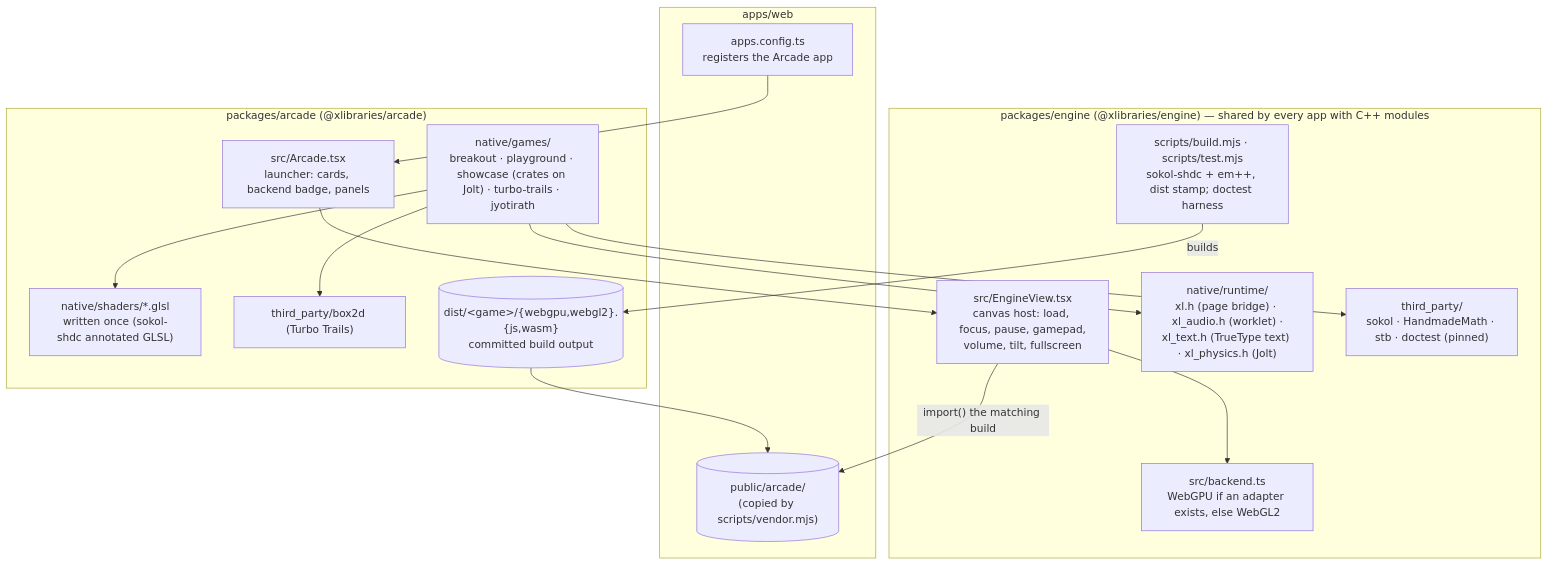
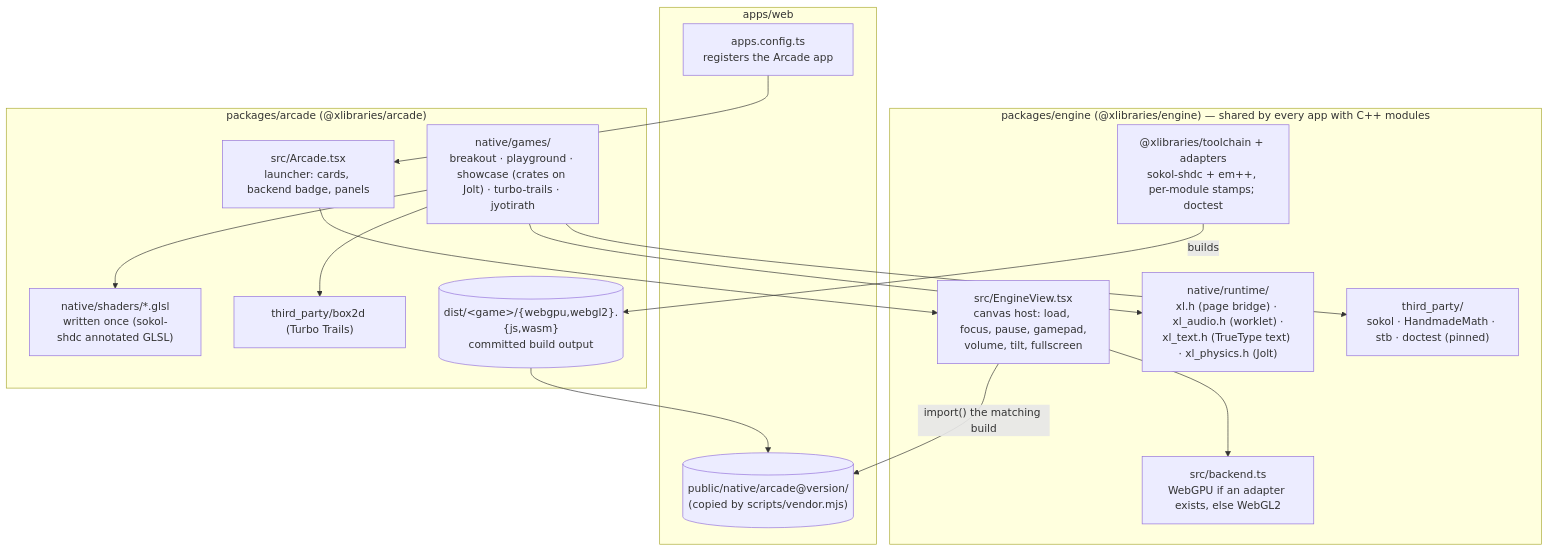
One commit to xlibraries/Xlib changed the first of 2 diagrams in docs/arcade-plan.md. Above: the diagram before and after it, drawn with Mermaid. The commit also changed 126 other files, not shown here.

Commit message:
Phase 1: toolchain core and adapters in packages/tooling, per-module stamps, modules served at /native/<package>@<version>/

````diff
--- a/docs/arcade-plan.md
+++ b/docs/arcade-plan.md
@@ -13,30 +13,30 @@
 ```mermaid
 flowchart TB
     subgraph site["apps/web"]
         config["apps.config.ts<br/>registers the Arcade app"]
-        public[("public/arcade/<br/>(copied by scripts/vendor.mjs)")]
+        public[("public/native/arcade@version/<br/>(copied by scripts/vendor.mjs)")]
     end
 
     subgraph engine["packages/engine (@xlibraries/engine) — shared by every app with C++ modules"]
         view["src/EngineView.tsx<br/>canvas host: load, focus, pause, gamepad,<br/>volume, tilt, fullscreen"]
         pick["src/backend.ts<br/>WebGPU if an adapter exists, else WebGL2"]
         runtime["native/runtime/<br/>xl.h (page bridge) · xl_audio.h (worklet) ·<br/>xl_text.h (TrueType text) · xl_physics.h (Jolt)"]
-        buildpipe["scripts/build.mjs · scripts/test.mjs<br/>sokol-shdc + em++, dist stamp; doctest harness"]
+        buildpipe["@xlibraries/toolchain + adapters<br/>sokol-shdc + em++, per-module stamps; doctest"]
         third["third_party/<br/>sokol · HandmadeMath · stb · doctest (pinned)"]
     end
 
     subgraph pkg["packages/arcade (@xlibraries/arcade)"]
         launcher["src/Arcade.tsx<br/>launcher: cards, backend badge, panels"]
         games["native/games/<br/>breakout · playground · showcase (crates on Jolt) · turbo-trails · jyotirath"]
         shaders["native/shaders/*.glsl<br/>written once (sokol-shdc annotated GLSL)"]
         box2d["third_party/box2d (Turbo Trails)"]
         dist[("dist/&lt;game&gt;/{webgpu,webgl2}.{js,wasm}<br/>committed build output")]
     end
 
     config --> launcher --> view
     view --> pick
     view -- "import() the matching build" --> public
     dist --> public
     games --> runtime & shaders & third & box2d
     buildpipe -- builds --> dist
 ```
````
